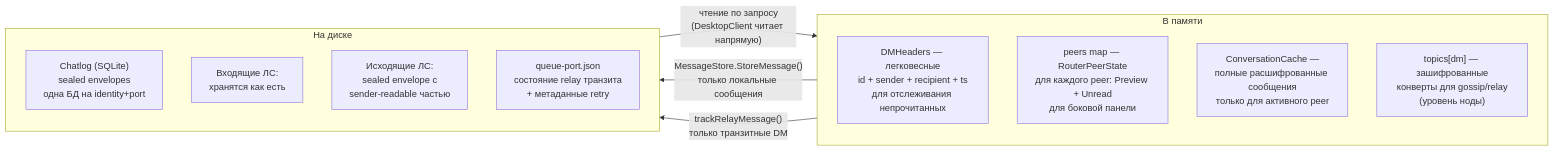
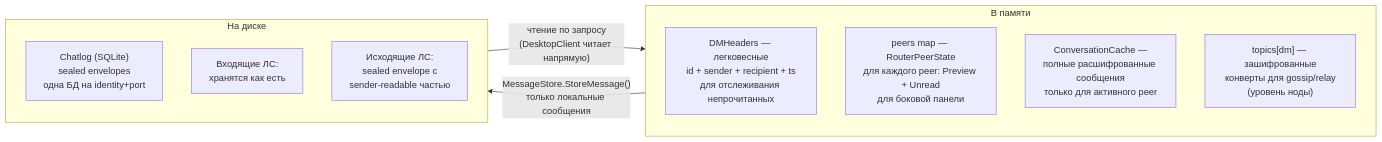
The tenth of 16 diagrams in docs/chatlog.md (piratecash/corsa), drawn with Mermaid before and after one commit. The commit also changed other lines of this file and 67 other files, not shown here.

````diff
--- a/docs/chatlog.md
+++ b/docs/chatlog.md
@@ -817,22 +805,20 @@
 ```mermaid
 flowchart LR
     subgraph MEM["В памяти"]
         direction TB
         M1["DMHeaders — легковесные\nid + sender + recipient + ts\nдля отслеживания непрочитанных"]
         M2["peers map — RouterPeerState\nдля каждого peer: Preview + Unread\nдля боковой панели"]
         M3["ConversationCache —\nполные расшифрованные сообщения\nтолько для активного peer"]
         M4["topics[dm] — зашифрованные\nконверты для gossip/relay\n(уровень ноды)"]
     end
 
     subgraph DSK["На диске"]
         direction TB
         D1["Chatlog (SQLite)\nsealed envelopes\nодна БД на identity+port"]
         D2["Входящие ЛС:\nхранятся как есть"]
         D3["Исходящие ЛС:\nsealed envelope с\nsender-readable частью"]
-        D4["queue-port.json\nсостояние relay транзита\n+ метаданные retry"]
     end
 
     MEM -->|"MessageStore.StoreMessage()\nтолько локальные сообщения"| D1
-    MEM -->|"trackRelayMessage()\nтолько транзитные DM"| D4
     D1 -->|"чтение по запросу\n(DesktopClient читает напрямую)"| MEM
 ```
````
